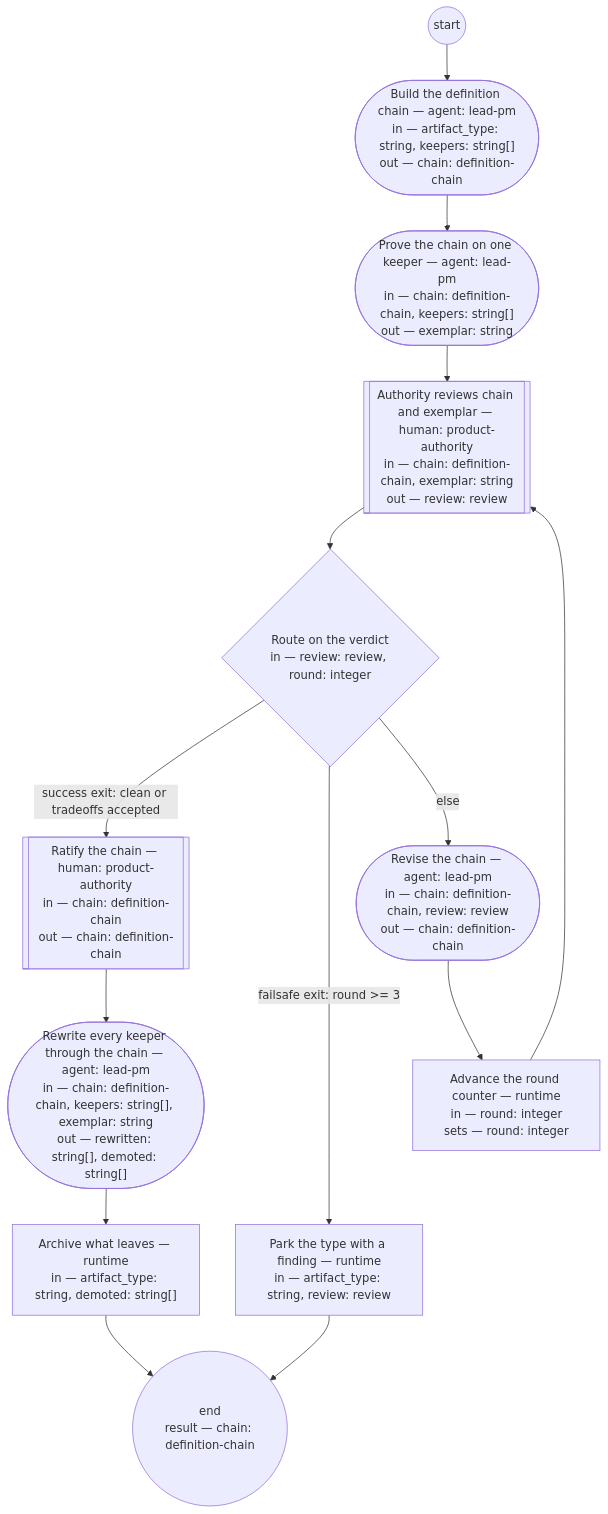
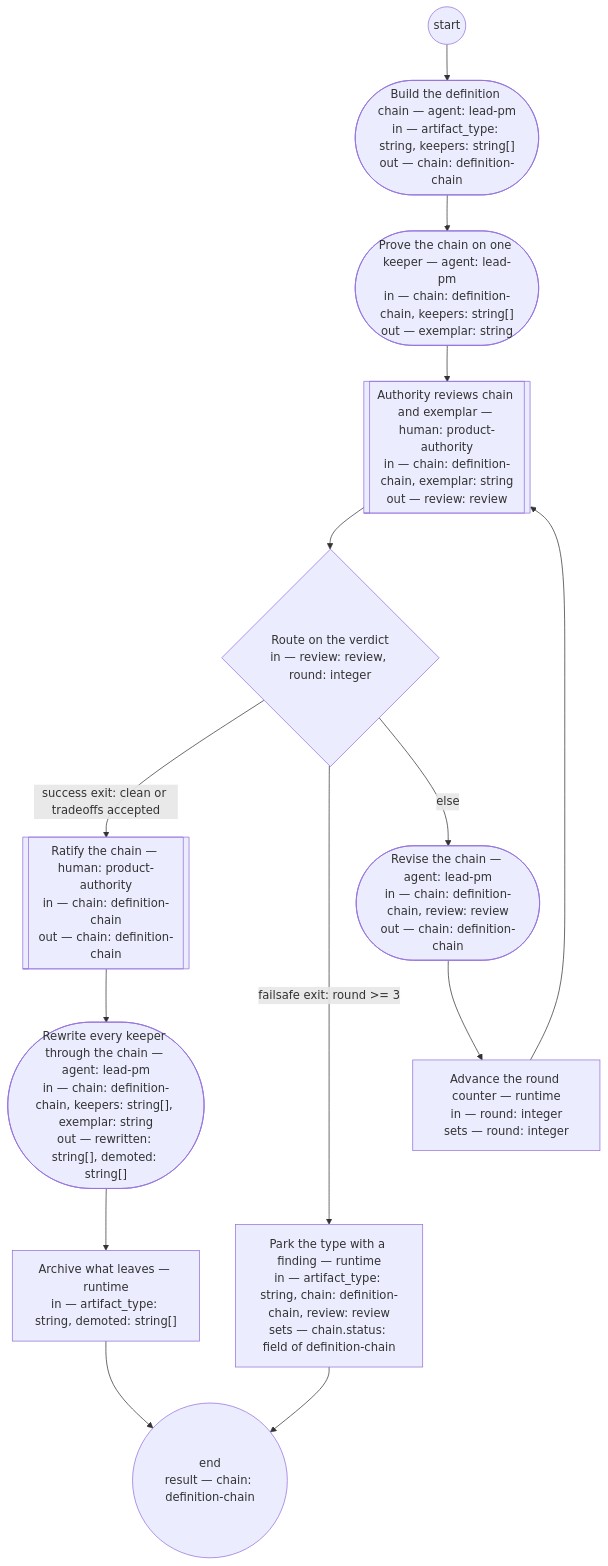
One commit to dstengle/shopsystem-product changed the diagram in basis/processes/definition-chain-migration.md. Above: the diagram before and after it, drawn with Mermaid. The commit also changed other lines of this file and 17 other files, not shown here.

````diff
--- a/basis/processes/definition-chain-migration.md
+++ b/basis/processes/definition-chain-migration.md
@@ -48,27 +48,27 @@
 ```mermaid
 flowchart TD
   build_chain(["Build the definition chain — agent: lead-pm<br/>in — artifact_type: string, keepers: string[]<br/>out — chain: definition-chain"])
   exemplar_rewrite(["Prove the chain on one keeper — agent: lead-pm<br/>in — chain: definition-chain, keepers: string[]<br/>out — exemplar: string"])
   authority_review[["Authority reviews chain and exemplar — human: product-authority<br/>in — chain: definition-chain, exemplar: string<br/>out — review: review"]]
   route_review{"Route on the verdict<br/>in — review: review, round: integer"}
   revise_chain(["Revise the chain — agent: lead-pm<br/>in — chain: definition-chain, review: review<br/>out — chain: definition-chain"])
   advance_round["Advance the round counter — runtime<br/>in — round: integer<br/>sets — round: integer"]
   ratify_chain[["Ratify the chain — human: product-authority<br/>in — chain: definition-chain<br/>out — chain: definition-chain"]]
   rewrite_keepers(["Rewrite every keeper through the chain — agent: lead-pm<br/>in — chain: definition-chain, keepers: string[], exemplar: string<br/>out — rewritten: string[], demoted: string[]"])
   archive_retired["Archive what leaves — runtime<br/>in — artifact_type: string, demoted: string[]"]
-  park["Park the type with a finding — runtime<br/>in — artifact_type: string, review: review"]
+  park["Park the type with a finding — runtime<br/>in — artifact_type: string, chain: definition-chain, review: review<br/>sets — chain.status: field of definition-chain"]
   __end(("end<br/>result — chain: definition-chain"))
   __start(("start")) --> build_chain
   build_chain --> exemplar_rewrite
   exemplar_rewrite --> authority_review
   authority_review --> route_review
   route_review -->|success exit: clean or tradeoffs accepted| ratify_chain
   route_review -->|failsafe exit: round >= 3| park
   route_review -->|else| revise_chain
   revise_chain --> advance_round
   advance_round --> authority_review
   ratify_chain --> rewrite_keepers
   rewrite_keepers --> archive_retired
   archive_retired --> __end
   park --> __end
 ```
````
